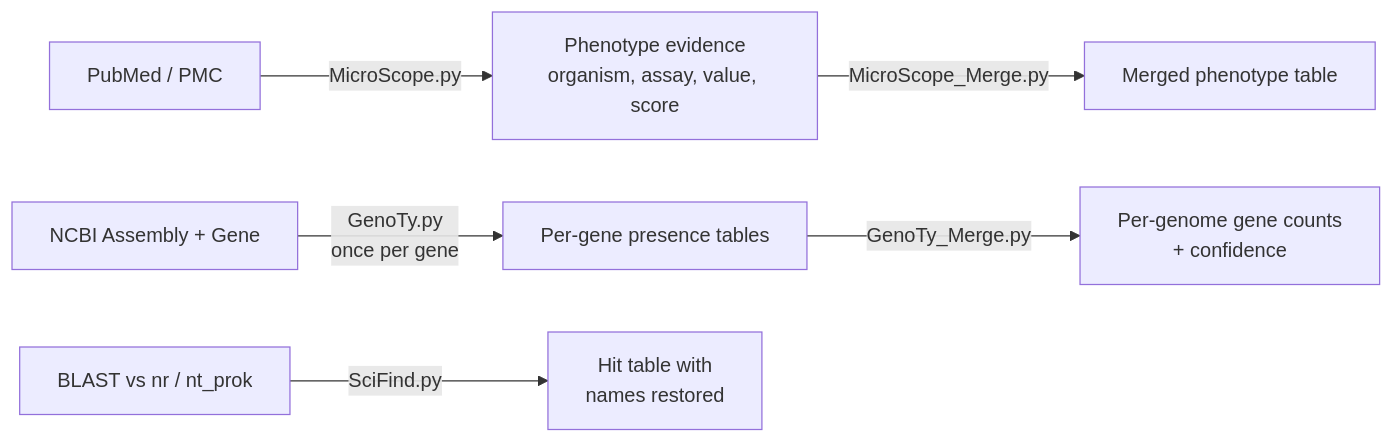
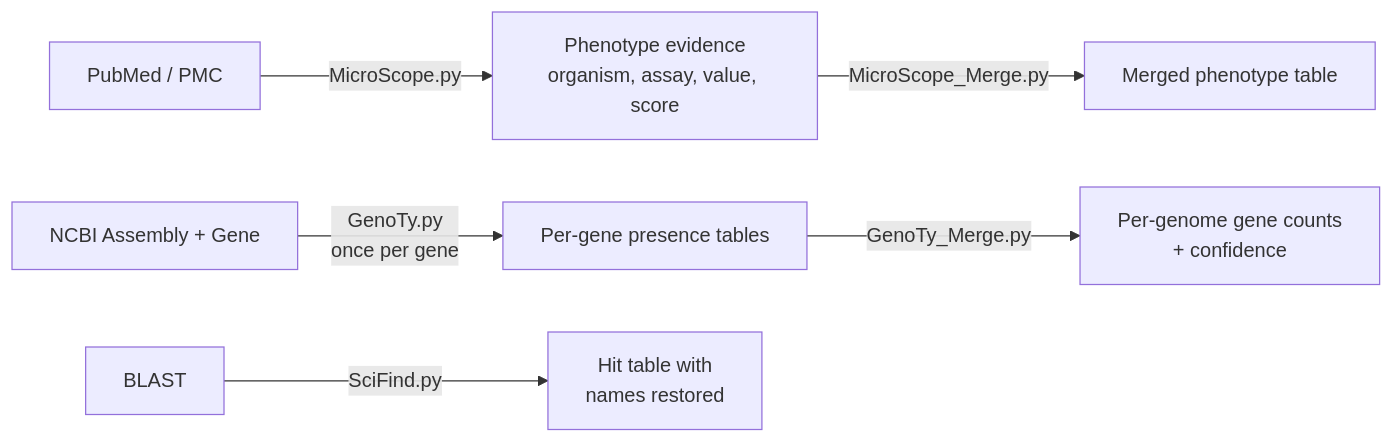
Before and after one commit to Khunanon-Chanasongkhram/BactHarvest: the diagram in README.md, drawn with Mermaid.

Commit message:
Edit: README.md

````diff
--- a/README.md
+++ b/README.md
@@ -48,10 +48,10 @@
 ```mermaid
 flowchart LR
     A[PubMed / PMC] -->|MicroScope.py| B[Phenotype evidence<br/>organism, assay, value, score]
     B -->|MicroScope_Merge.py| C[Merged phenotype table]
  
     D[NCBI Assembly + Gene] -->|GenoTy.py<br/>once per gene| E[Per-gene presence tables]
     E -->|GenoTy_Merge.py| F[Per-genome gene counts<br/>+ confidence]
  
-    G[BLAST vs nr / nt_prok] -->|SciFind.py| H[Hit table with<br/>names restored]
+    G[BLAST] -->|SciFind.py| H[Hit table with<br/>names restored]
 ```
````
